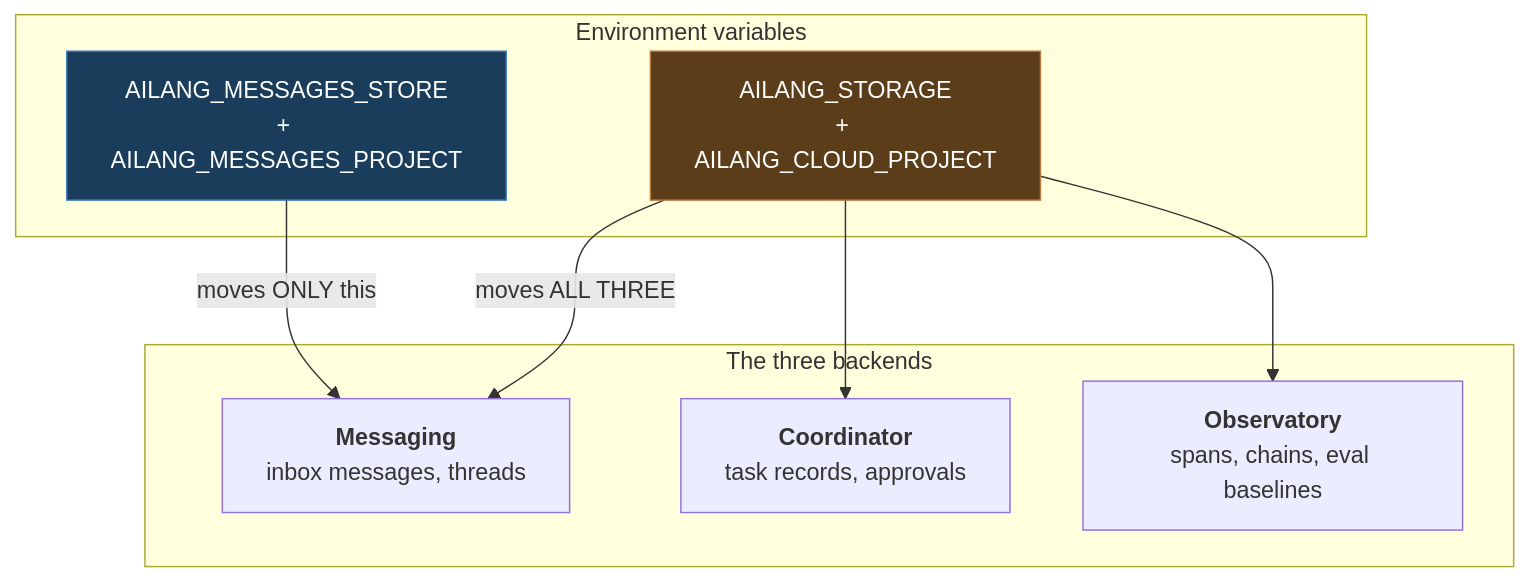
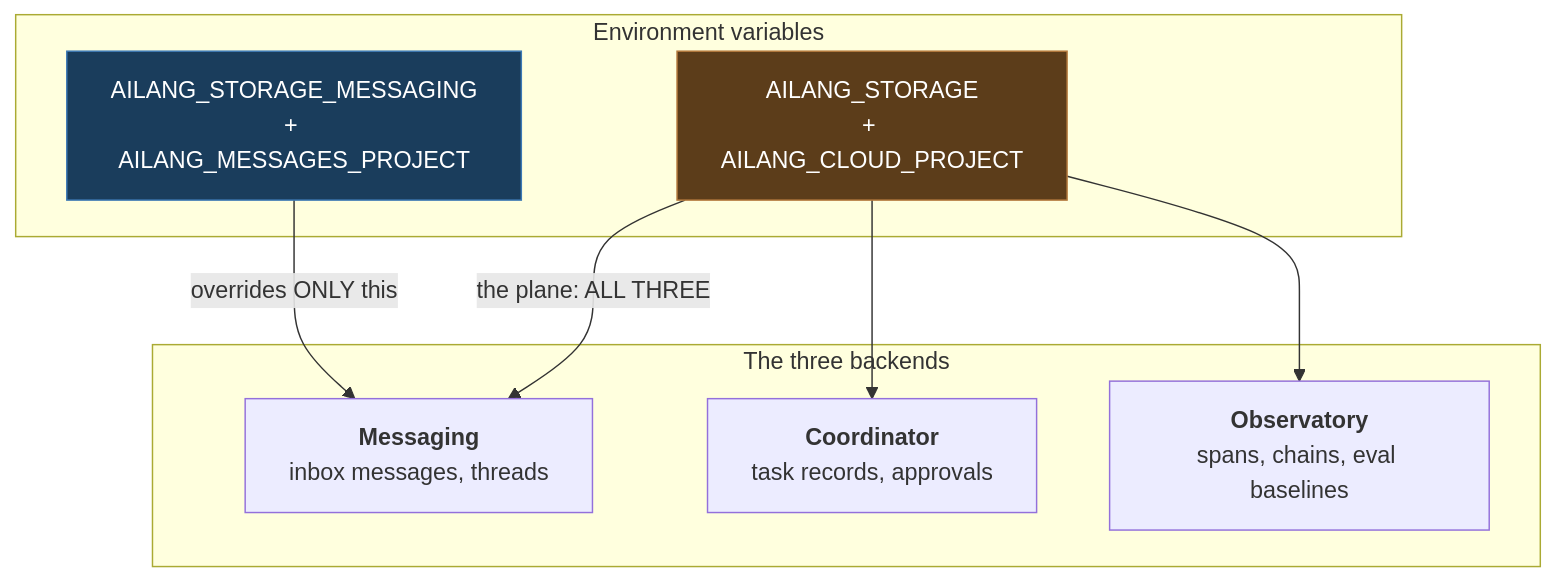
One commit to sunholo-data/ailang changed the second of 4 diagrams in docs/internal/message-plane-topology.md. Above: the diagram before and after it, drawn with Mermaid. The commit also changed other lines of this file and 13 other files, not shown here.

````diff
--- a/docs/internal/message-plane-topology.md
+++ b/docs/internal/message-plane-topology.md
@@ -45,21 +46,21 @@
 ```mermaid
 flowchart TB
   subgraph SW["Environment variables"]
-    S1["AILANG_MESSAGES_STORE<br/>+ AILANG_MESSAGES_PROJECT"]
+    S1["AILANG_STORAGE_MESSAGING<br/>+ AILANG_MESSAGES_PROJECT"]
     S2["AILANG_STORAGE<br/>+ AILANG_CLOUD_PROJECT"]
   end
 
   subgraph B["The three backends"]
     M["<b>Messaging</b><br/>inbox messages, threads"]
     C["<b>Coordinator</b><br/>task records, approvals"]
     O["<b>Observatory</b><br/>spans, chains, eval baselines"]
   end
 
-  S1 -->|moves ONLY this| M
-  S2 -->|moves ALL THREE| M
+  S1 -->|overrides ONLY this| M
+  S2 -->|the plane: ALL THREE| M
   S2 --> C
   S2 --> O
 
   style S1 fill:#1a3d5c,stroke:#3d7ab5,color:#fff
   style S2 fill:#5c3d1a,stroke:#b57a3d,color:#fff
 ```
````
